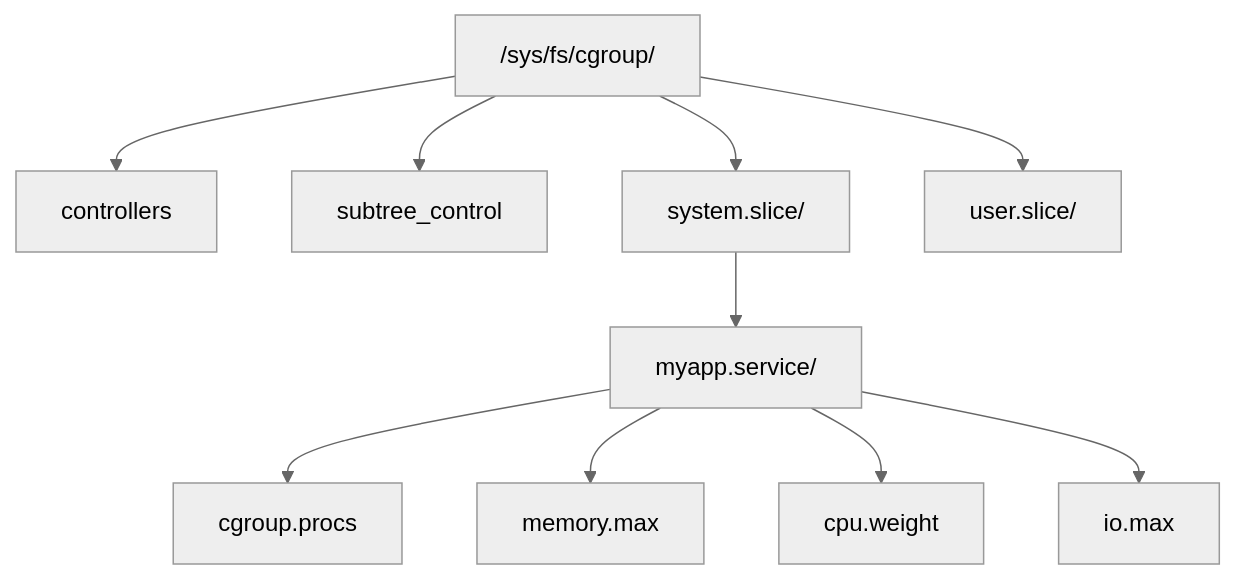
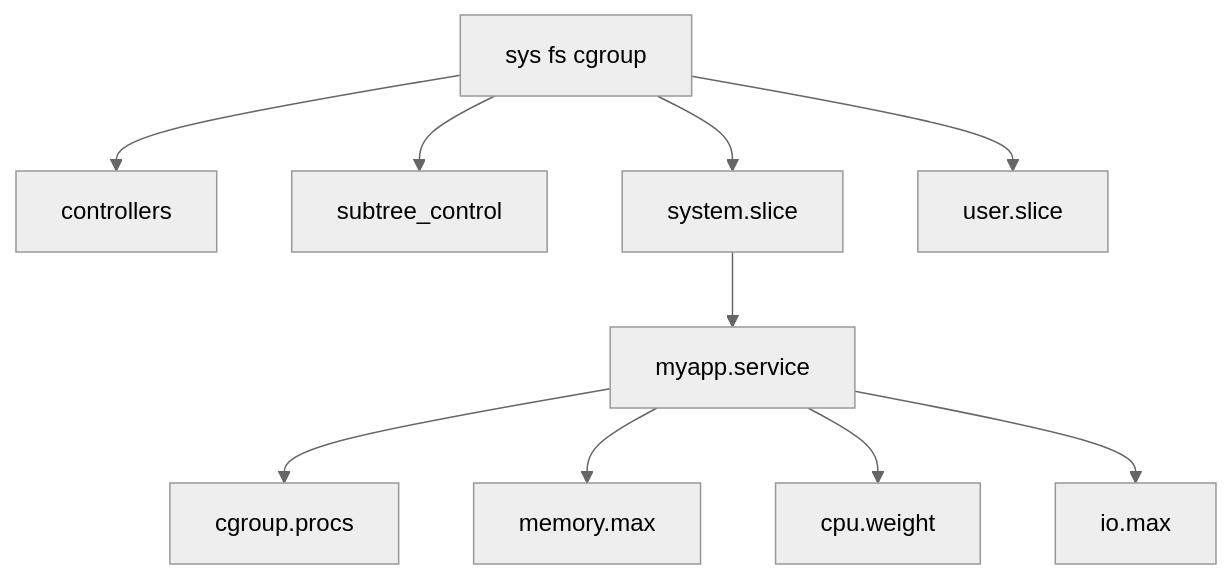
Before and after one commit to moonblueblue/devops-wiki: the second of 2 diagrams in content/linux/process-isolation/cgroups.md, drawn with Mermaid (neutral theme). The commit also changed other lines of this file and 37 other files, not shown here.

First line of the commit message:
style: linux 카테고리 ASCII 도표·Mermaid 라벨 형식 교정

````diff
--- a/content/linux/process-isolation/cgroups.md
+++ b/content/linux/process-isolation/cgroups.md
@@ -62,13 +65,13 @@
 ```mermaid
 graph TD
-    ROOT["/sys/fs/cgroup/"]
+    ROOT["sys fs cgroup"]
     ROOT --> CC["controllers"]
     ROOT --> CSC["subtree_control"]
-    ROOT --> SYS["system.slice/"]
-    ROOT --> USR["user.slice/"]
-    SYS --> SVC["myapp.service/"]
+    ROOT --> SYS["system.slice"]
+    ROOT --> USR["user.slice"]
+    SYS --> SVC["myapp.service"]
     SVC --> PROCS["cgroup.procs"]
     SVC --> MEMMAX["memory.max"]
     SVC --> CPUW["cpu.weight"]
     SVC --> IOMAX["io.max"]
 ```
````
